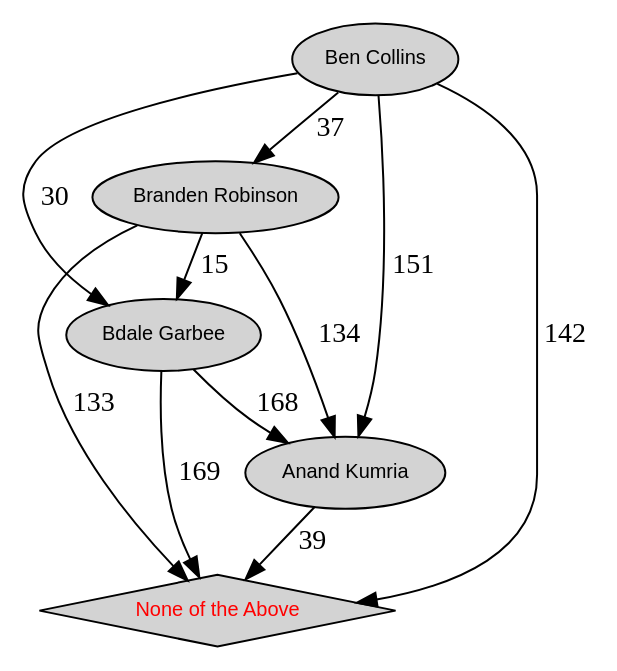
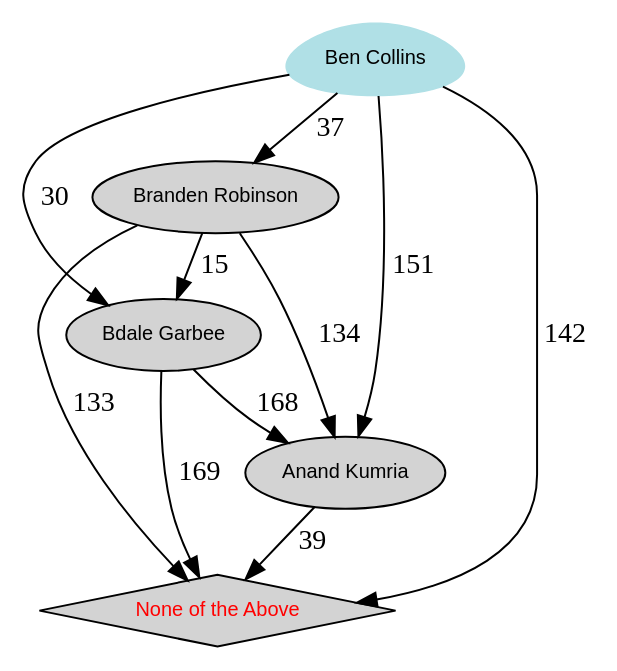
Before and after one commit to debiancn/debian.org: the diagram in english/vote/2001/vote_0001_results.dot, drawn with Graphviz. The commit also changed 3 other files, not shown here.

Commit message:
Added graphical representation of the results of the leader election.

```diff
--- a/english/vote/2001/vote_0001_results.dot
+++ b/english/vote/2001/vote_0001_results.dot
@@ -1,18 +1,18 @@
 digraph Results {
   ranksep=0.25;
  "Branden Robinson" [ style="filled" , fontname="Helvetica", fontsize=10  ];
  "Branden Robinson" -> "Anand Kumria" [ label="134" ];
  "Branden Robinson" -> "Bdale Garbee" [ label="15" ];
  "Branden Robinson" -> "None of the Above" [ label="133" ];
  "Anand Kumria"  [ style="filled" , fontname="Helvetica", fontsize=10  ];
  "Anand Kumria" -> "None of the Above" [ label="39" ];
- "Ben Collins"  [ style="filled" , fontname="Helvetica", fontsize=10  ];
+ "Ben Collins"  [ style="filled" , color="powderblue", shape=egg, fontcolor="Navy Blue", fontname="Helvetica", fontsize=10  ];
  "Ben Collins" -> "Branden Robinson" [ label="37" ];
  "Ben Collins" -> "Anand Kumria" [ label="151" ];
  "Ben Collins" -> "Bdale Garbee" [ label="30" ];
  "Ben Collins" -> "None of the Above" [ label="142" ];
  "Bdale Garbee" [ style="filled" , fontname="Helvetica", fontsize=10  ];
  "Bdale Garbee" -> "Anand Kumria" [ label="168" ];
  "Bdale Garbee" -> "None of the Above" [ label="169" ];
  "None of the Above" [ style="filled" , shape=diamond, fontcolor="Red", fontname="Helvetica", fontsize=10  ];
 }
```
